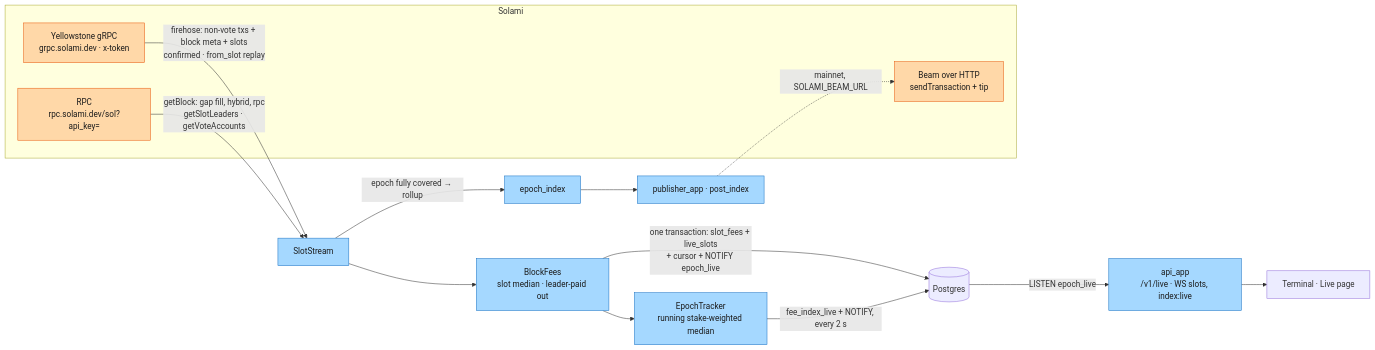
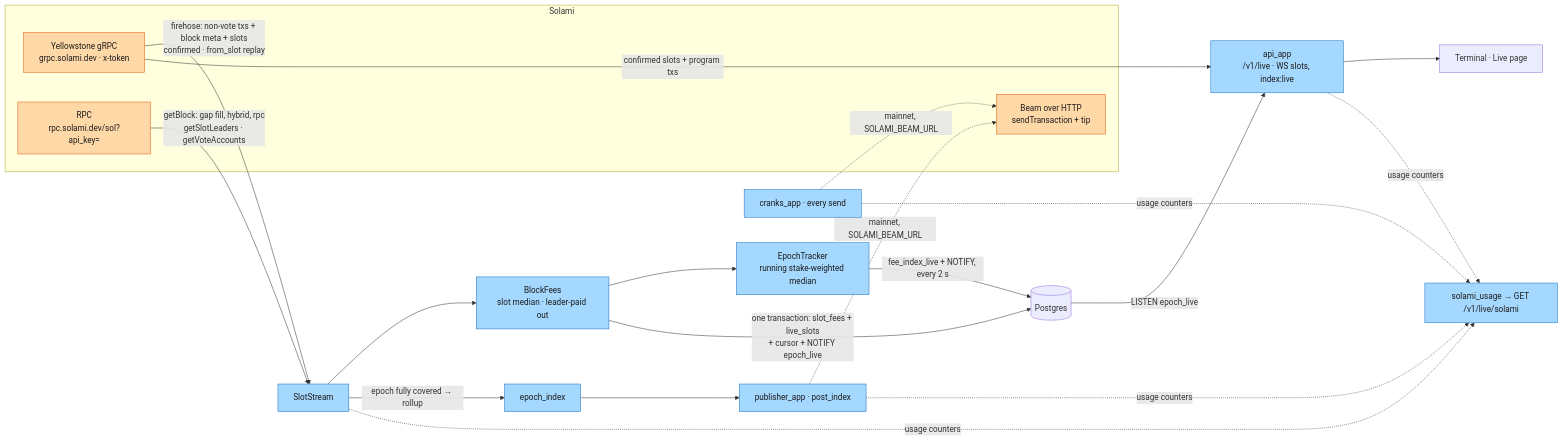
The diagram in packages/indexer_app/README.md (Sushant6095/epoch-protocol), drawn with Mermaid before and after one commit. The commit also changed other lines of this file and 62 other files, not shown here.

First line of the commit message:
feat(solami): Beam for every mainnet send, gRPC program events, usage report

````diff
--- a/packages/indexer_app/README.md
+++ b/packages/indexer_app/README.md
@@ -9,24 +9,27 @@
 ```mermaid
 flowchart LR
   subgraph SOLAMI["Solami"]
     G["Yellowstone gRPC<br/>grpc.solami.dev · x-token"]
     R["RPC<br/>rpc.solami.dev/sol?api_key="]
     B["Beam over HTTP<br/>sendTransaction + tip"]
   end
   G -- "firehose: non-vote txs + block meta + slots<br/>confirmed · from_slot replay" --> SS["SlotStream"]
   R -- "getBlock: gap fill, hybrid, rpc<br/>getSlotLeaders · getVoteAccounts" --> SS
   SS --> BF["BlockFees<br/>slot median · leader-paid out"]
   BF --> ET["EpochTracker<br/>running stake-weighted median"]
   BF -- "one transaction: slot_fees + live_slots<br/>+ cursor + NOTIFY epoch_live" --> PG[("Postgres")]
   ET -- "fee_index_live + NOTIFY, every 2 s" --> PG
   SS -- "epoch fully covered → rollup" --> EI["epoch_index"]
   PG -- "LISTEN epoch_live" --> API["api_app<br/>/v1/live · WS slots, index:live"]
   API --> UI["Terminal · Live page"]
   EI --> PUB["publisher_app · post_index"]
   PUB -. "mainnet, SOLAMI_BEAM_URL" .-> B
+  CR["cranks_app · every send"] -. "mainnet, SOLAMI_BEAM_URL" .-> B
+  G -- "confirmed slots + program txs" --> API
+  SS & API & PUB & CR -. "usage counters" .-> U["solami_usage → GET /v1/live/solami"]
 
   classDef solami fill:#ffd8a8,stroke:#e8590c,color:#1b1b1b
   classDef ours fill:#a5d8ff,stroke:#1971c2,color:#1b1b1b
   class G,R,B solami
-  class SS,BF,ET,EI,API,PUB ours
+  class SS,BF,ET,EI,API,PUB,CR,U ours
 ```
````
